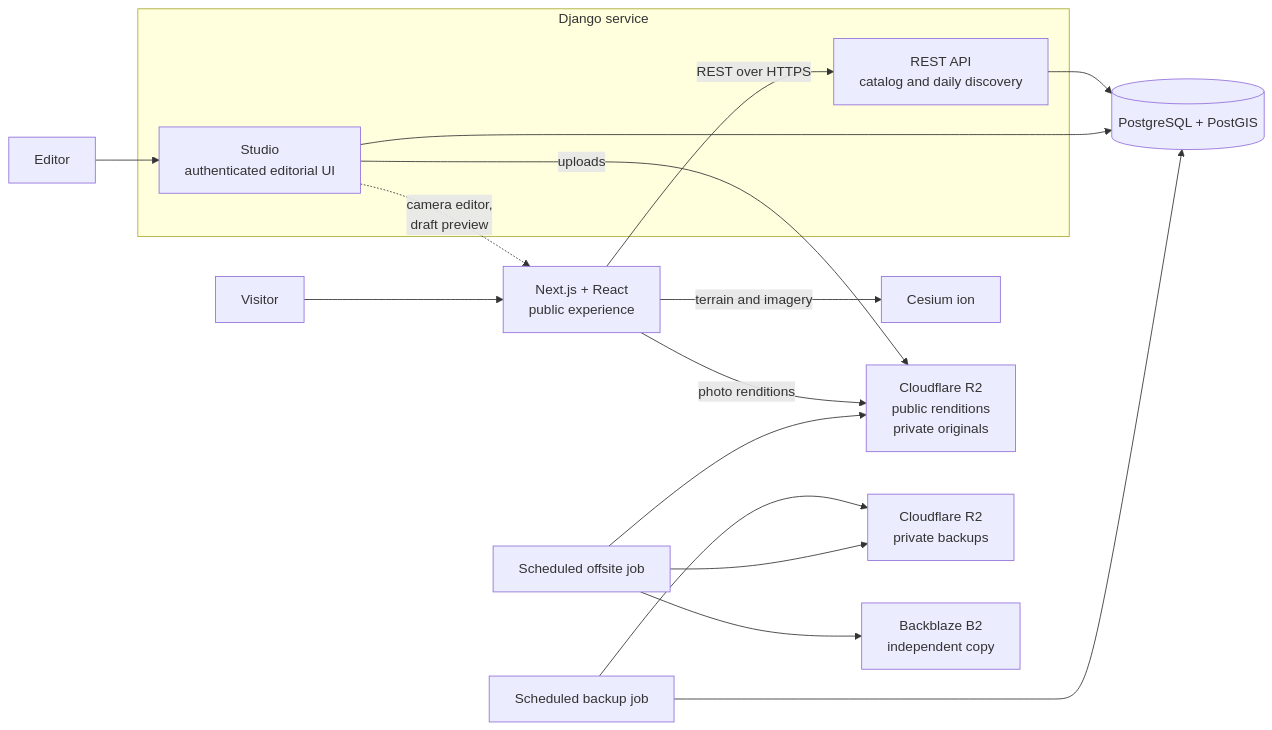
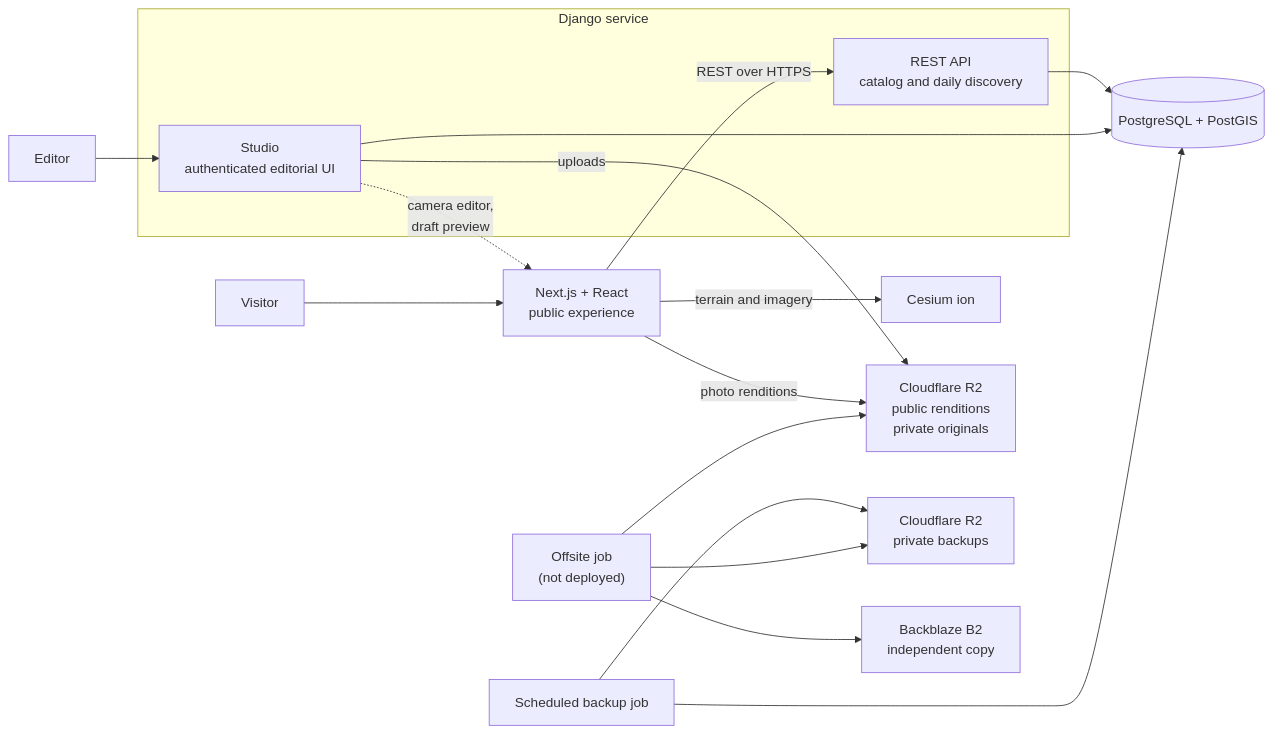
One commit to camilasabino/serendipeak changed the diagram in README.md. Above: the diagram before and after it, drawn with Mermaid. The commit also changed other lines of this file and 7 other files, not shown here.

````diff
--- a/README.md
+++ b/README.md
@@ -40,24 +41,24 @@
 ```mermaid
 flowchart LR
     Visitor["Visitor"] --> Web["Next.js + React<br/>public experience"]
     Editor["Editor"] --> Studio
 
     subgraph Django["Django service"]
         API["REST API<br/>catalog and daily discovery"]
         Studio["Studio<br/>authenticated editorial UI"]
     end
 
     Web -->|"REST over HTTPS"| API
     Web -->|"terrain and imagery"| Ion["Cesium ion"]
     Web -->|"photo renditions"| R2["Cloudflare R2<br/>public renditions<br/>private originals"]
     Studio -.->|"camera editor,<br/>draft preview"| Web
     Studio -->|"uploads"| R2
 
     API --> PG[("PostgreSQL + PostGIS")]
     Studio --> PG
     Backup["Scheduled backup job"] --> PG
     Backup --> R2Backup["Cloudflare R2<br/>private backups"]
-    Offsite["Scheduled offsite job"] --> R2
+    Offsite["Offsite job<br/>(not deployed)"] --> R2
     Offsite --> R2Backup
     Offsite --> B2["Backblaze B2<br/>independent copy"]
 ```
````
